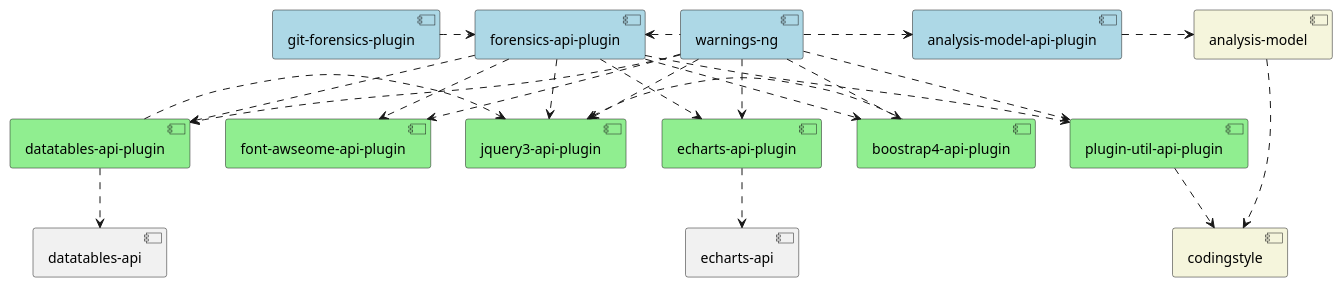
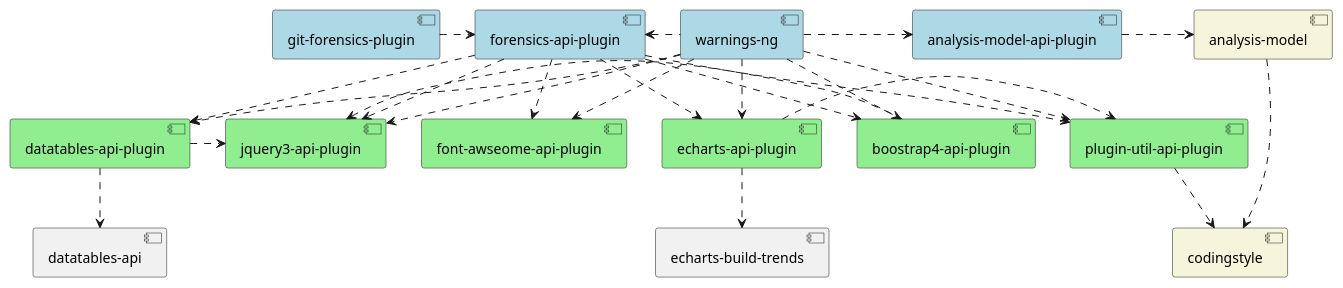
The diagram in doc/design-plan.puml (jenkinsci/warnings-ng-plugin), drawn with PlantUML before and after one commit. The commit also changed 33 other files, not shown here.

Commit message:
Bump versions of plugin-util and echarts to latest beta.

```diff
--- a/doc/design-plan.puml
+++ b/doc/design-plan.puml
@@ -1,61 +1,61 @@
 @startuml
 
 skinparam componentStyle uml2
 
 skinparam component {
   BackgroundColor<<optional>> beige
   BackgroundColor<<test>> lightGreen
   BackgroundColor<<runtime>> lightBlue
   BackgroundColor<<provided>> lightGray
 }
 
 component [analysis-model] #beige
 component [codingstyle] #beige
 
 [analysis-model] ...> [codingstyle]
 
 component [analysis-model-api-plugin] #lightBlue
 
 component [boostrap4-api-plugin] #lightGreen
 component [datatables-api-plugin] #lightGreen
 component [jquery3-api-plugin] #lightGreen
 component [font-awseome-api-plugin] #lightGreen
 component [echarts-api-plugin] #lightGreen
 component [plugin-util-api-plugin] #lightGreen
 
 component [echarts-api-plugin] #lightGreen
 
 component [warnings-ng] #lightBlue
 
 component [forensics-api-plugin] #lightBlue
 
 component [git-forensics-plugin] #lightBlue
 
 [git-forensics-plugin] .> [forensics-api-plugin]
 [analysis-model-api-plugin] .> [analysis-model]
 [warnings-ng] .> [analysis-model-api-plugin]
 [warnings-ng] .left.> [forensics-api-plugin]
 
 [warnings-ng] ..> [jquery3-api-plugin]
 [warnings-ng] ..> [datatables-api-plugin]
 [warnings-ng] ..> [boostrap4-api-plugin]
 [warnings-ng] ..> [font-awseome-api-plugin]
 [warnings-ng] ..> [echarts-api-plugin]
 [warnings-ng] ..> [plugin-util-api-plugin]
 
 [forensics-api-plugin] ..> [jquery3-api-plugin]
 [forensics-api-plugin] ..> [datatables-api-plugin]
 [forensics-api-plugin] ..> [boostrap4-api-plugin]
 [forensics-api-plugin] ..> [font-awseome-api-plugin]
 [forensics-api-plugin] ..> [echarts-api-plugin]
 [forensics-api-plugin] ..> [plugin-util-api-plugin]
 
-
 [plugin-util-api-plugin] .> [codingstyle]
 [datatables-api-plugin] .> [jquery3-api-plugin]
 [jquery3-api-plugin] <. [boostrap4-api-plugin]
 
 [datatables-api-plugin] ..> [datatables-api]
-[echarts-api-plugin] ..> [echarts-api]
+[echarts-api-plugin] ..> [echarts-build-trends]
+[echarts-api-plugin] .> [plugin-util-api-plugin]
 
 @enduml
```
